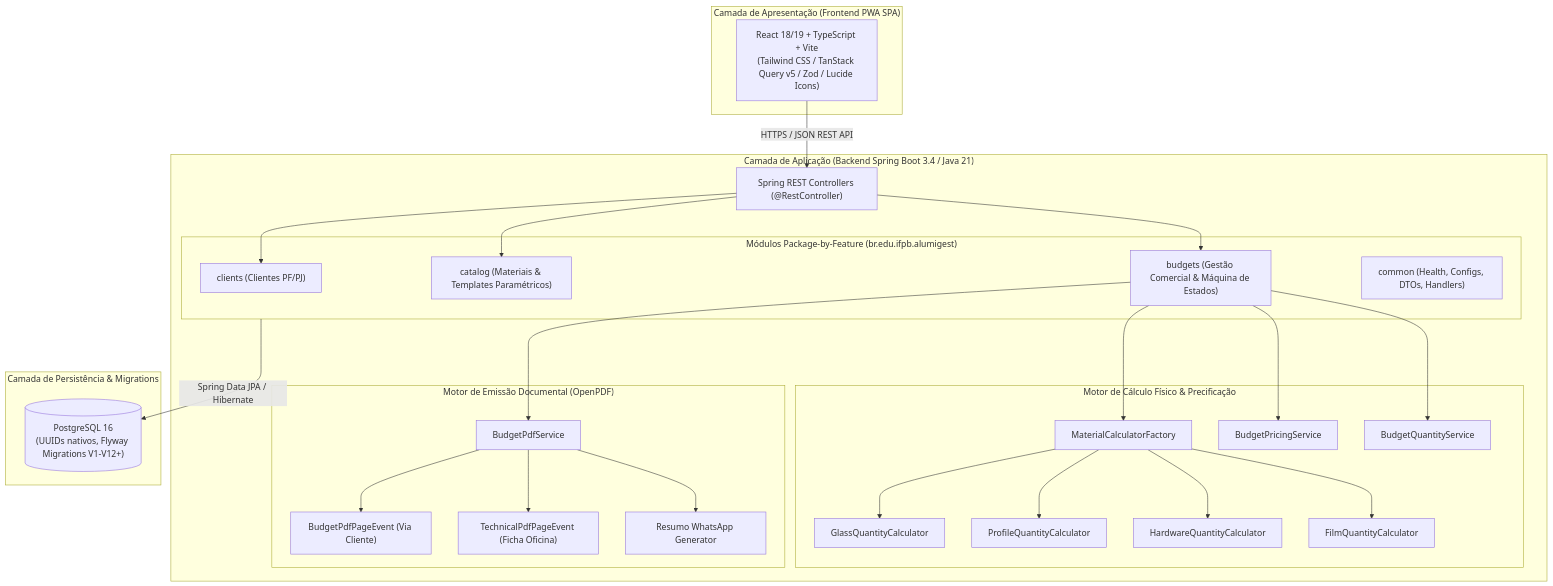
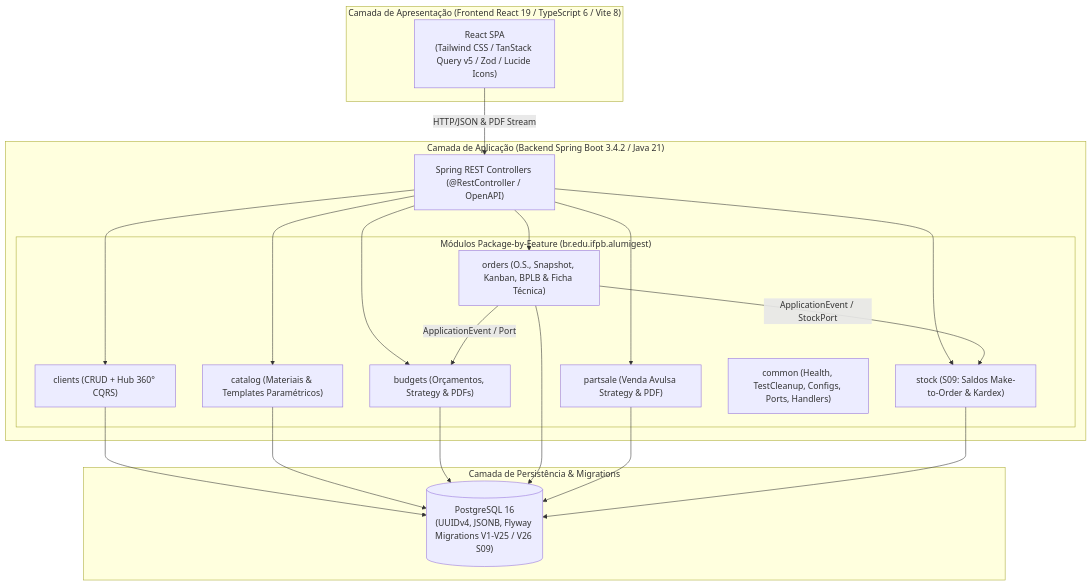
One commit to ADS-IFPB-SR/alumigest changed the first of 2 diagrams in docs/sistema/001-analise-projeto/ARQ-Documento_de_Arquitetura.md. Above: the diagram before and after it, drawn with Mermaid. The commit also changed other lines of this file and 33 other files, not shown here.

````diff
--- a/docs/sistema/001-analise-projeto/ARQ-Documento_de_Arquitetura.md
+++ b/docs/sistema/001-analise-projeto/ARQ-Documento_de_Arquitetura.md
@@ -29,55 +30,40 @@
 ```mermaid
 graph TD
-    subgraph Cliente["Camada de Apresentação (Frontend PWA SPA)"]
-        Browser["React 18/19 + TypeScript + Vite<br>(Tailwind CSS / TanStack Query v5 / Zod / Lucide Icons)"]
+    subgraph Cliente["Camada de Apresentação (Frontend React 19 / TypeScript 6 / Vite 8)"]
+        Browser["React SPA<br>(Tailwind CSS / TanStack Query v5 / Zod / Lucide Icons)"]
     end
 
-    subgraph Servidor["Camada de Aplicação (Backend Spring Boot 3.4 / Java 21)"]
-        API["Spring REST Controllers (@RestController)"]
-        
+    subgraph Servidor["Camada de Aplicação (Backend Spring Boot 3.4.2 / Java 21)"]
+        API["Spring REST Controllers (@RestController / OpenAPI)"]
+
         subgraph Modulos["Módulos Package-by-Feature (br.edu.ifpb.alumigest)"]
-            ClientsMod["clients (Clientes PF/PJ)"]
+            ClientsMod["clients (CRUD + Hub 360° CQRS)"]
             CatalogMod["catalog (Materiais & Templates Paramétricos)"]
-            BudgetsMod["budgets (Gestão Comercial & Máquina de Estados)"]
-            CommonMod["common (Health, Configs, DTOs, Handlers)"]
-        end
-        
-        subgraph MotorCalculo["Motor de Cálculo Físico & Precificação"]
-            CalcFactory["MaterialCalculatorFactory"]
-            GlassCalc["GlassQuantityCalculator"]
-            ProfileCalc["ProfileQuantityCalculator"]
-            HardwareCalc["HardwareQuantityCalculator"]
-            FilmCalc["FilmQuantityCalculator"]
-            PricingSvc["BudgetPricingService"]
-            QtySvc["BudgetQuantityService"]
-        end
-
-        subgraph MotorPDF["Motor de Emissão Documental (OpenPDF)"]
-            PdfSvc["BudgetPdfService"]
-            ComercialEvent["BudgetPdfPageEvent (Via Cliente)"]
-            TecnicoEvent["TechnicalPdfPageEvent (Ficha Oficina)"]
-            WhatsSvc["Resumo WhatsApp Generator"]
+            BudgetsMod["budgets (Orçamentos, Strategy & PDFs)"]
+            OrdersMod["orders (O.S., Snapshot, Kanban, BPLB & Ficha Técnica)"]
+            PartSaleMod["partsale (Venda Avulsa Strategy & PDF)"]
+            StockMod["stock (S09: Saldos Make-to-Order & Kardex)"]
+            CommonMod["common (Health, TestCleanup, Configs, Ports, Handlers)"]
         end
     end
 
     subgraph Banco["Camada de Persistência & Migrations"]
-        Postgres[("PostgreSQL 16<br>(UUIDs nativos, Flyway Migrations V1-V12+)")]
+        Postgres[("PostgreSQL 16<br>(UUIDv4, JSONB, Flyway Migrations V1-V25 / V26 S09)")]
     end
 
-    Browser -->|HTTPS / JSON REST API| API
+    Browser -->|HTTP/JSON & PDF Stream| API
     API --> ClientsMod
     API --> CatalogMod
     API --> BudgetsMod
-    BudgetsMod --> CalcFactory
-    CalcFactory --> GlassCalc
-    CalcFactory --> ProfileCalc
-    CalcFactory --> HardwareCalc
-    CalcFactory --> FilmCalc
-    BudgetsMod --> PricingSvc
-    BudgetsMod --> QtySvc
-    BudgetsMod --> PdfSvc
-    PdfSvc --> ComercialEvent
-    PdfSvc --> TecnicoEvent
-    PdfSvc --> WhatsSvc
-    Modulos -->|Spring Data JPA / Hibernate| Postgres
+    API --> OrdersMod
+    API --> PartSaleMod
+    API --> StockMod
+    OrdersMod -->|ApplicationEvent / Port| BudgetsMod
+    OrdersMod -->|ApplicationEvent / StockPort| StockMod
+    ClientsMod --> Postgres
+    CatalogMod --> Postgres
+    BudgetsMod --> Postgres
+    OrdersMod --> Postgres
+    PartSaleMod --> Postgres
+    StockMod --> Postgres
 ```
````
